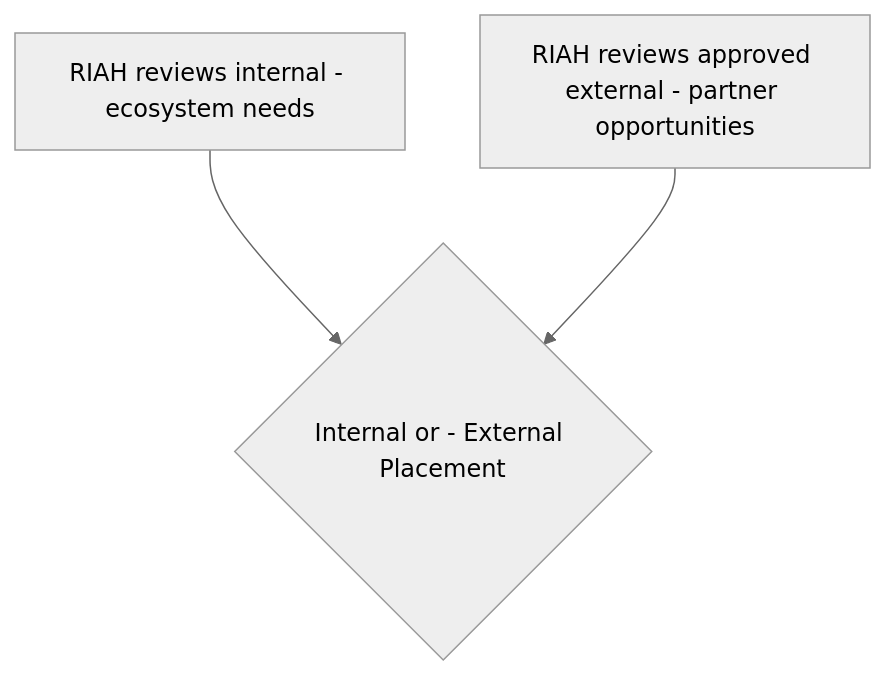
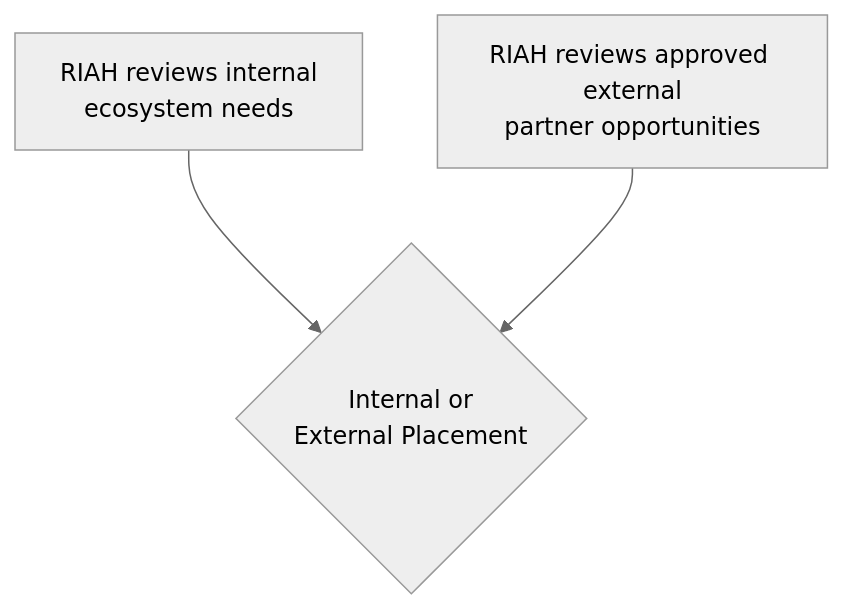
Before and after one commit to RIAHPathway/Website-Draft: the fourth of 18 diagrams in RIAH-PATHWAY-EXPERIENTIAL-STRUCTURE/EXPERIENTIAL-STRUCTURE.md, drawn with Mermaid (neutral theme). The commit also changed other lines of this file, not shown here.

Commit message:
Fix Mermaid rendering in experiential structure

````diff
--- a/RIAH-PATHWAY-EXPERIENTIAL-STRUCTURE/EXPERIENTIAL-STRUCTURE.md
+++ b/RIAH-PATHWAY-EXPERIENTIAL-STRUCTURE/EXPERIENTIAL-STRUCTURE.md
@@ -512,5 +512,5 @@
 ```mermaid
-flowchart TD
-    A["RIAH reviews internal - ecosystem needs"] --> C{"Internal or - External Placement"}
-    B["RIAH reviews approved external - partner opportunities"] --> C
+graph TD
+    A["RIAH reviews internal<br/>ecosystem needs"] --> C{"Internal or<br/>External Placement"}
+    B["RIAH reviews approved external<br/>partner opportunities"] --> C
 ```
````
